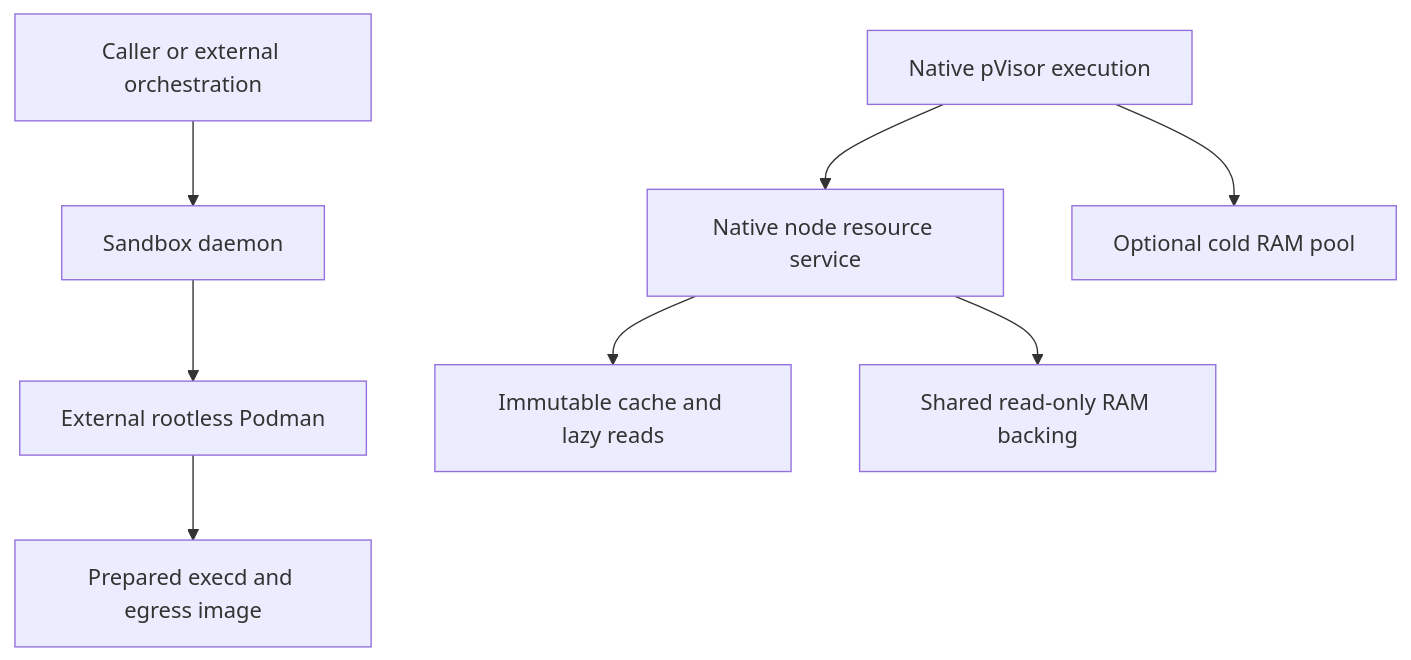
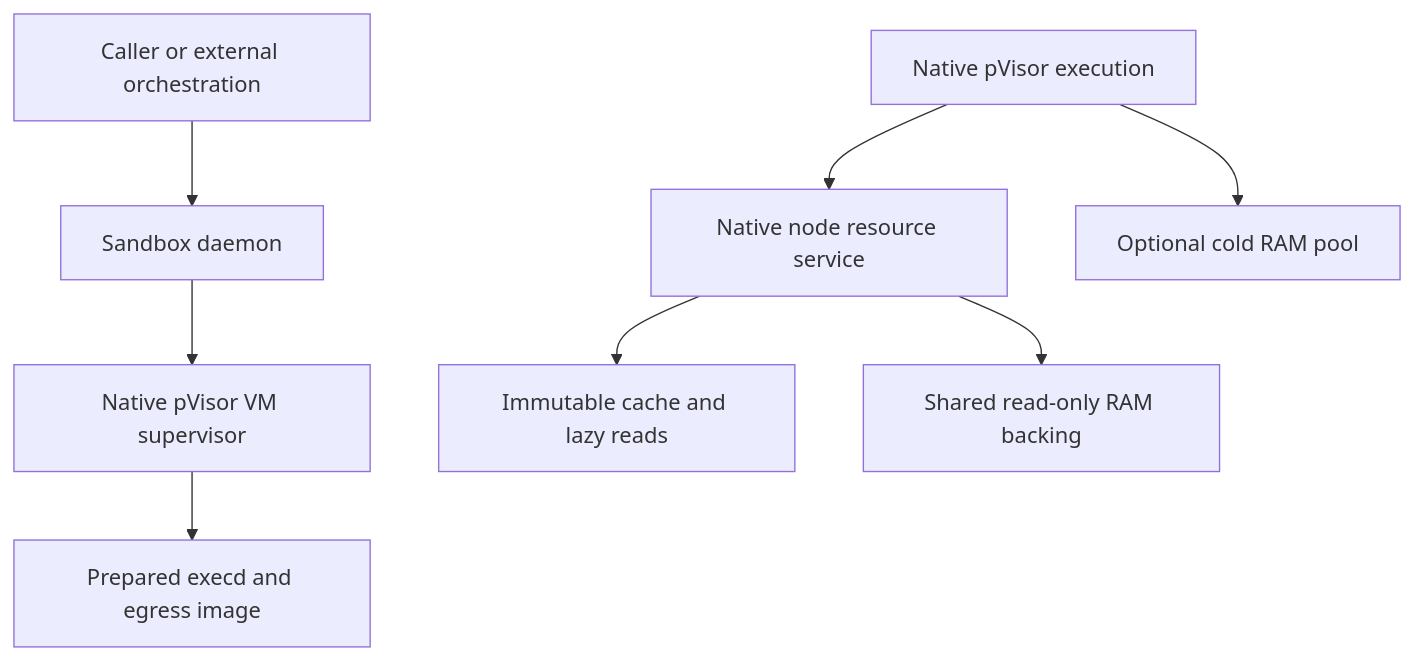
Before and after one commit to DeepLink-org/pvisor: the diagram in docs/src/en/design/daemon/responsibility-convergence.md, drawn with Mermaid. The commit also changed other lines of this file and 84 other files, not shown here.

Commit message:
Replace Podman daemon with native VM runtime

````diff
--- a/docs/src/en/design/daemon/responsibility-convergence.md
+++ b/docs/src/en/design/daemon/responsibility-convergence.md
@@ -18,10 +18,10 @@
 ```mermaid
 flowchart TB
     Caller[Caller or external orchestration] --> Daemon[Sandbox daemon]
-    Daemon --> Podman[External rootless Podman]
-    Podman --> Image[Prepared execd and egress image]
+    Daemon --> Supervisor[Native pVisor VM supervisor]
+    Supervisor --> Image[Prepared execd and egress image]
     Native[Native pVisor execution] --> Node[Native node resource service]
     Node --> Cache[Immutable cache and lazy reads]
     Node --> RAM[Shared read-only RAM backing]
     Native --> Pool[Optional cold RAM pool]
 ```
````
